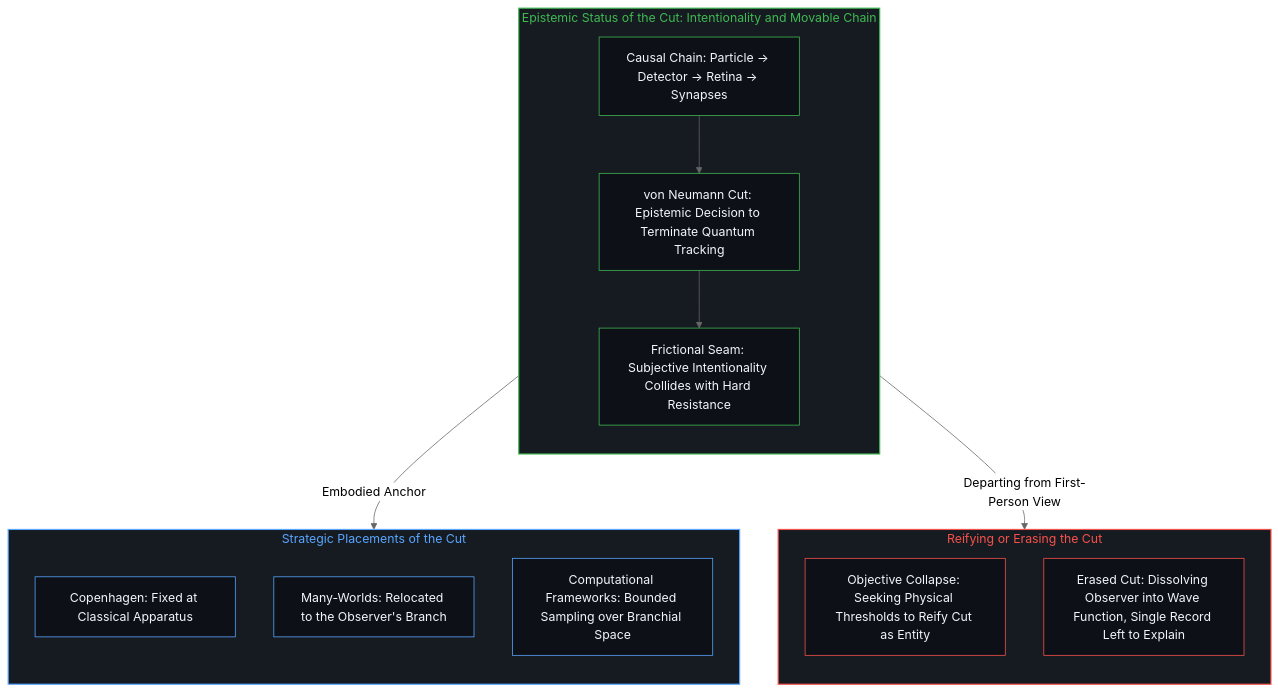
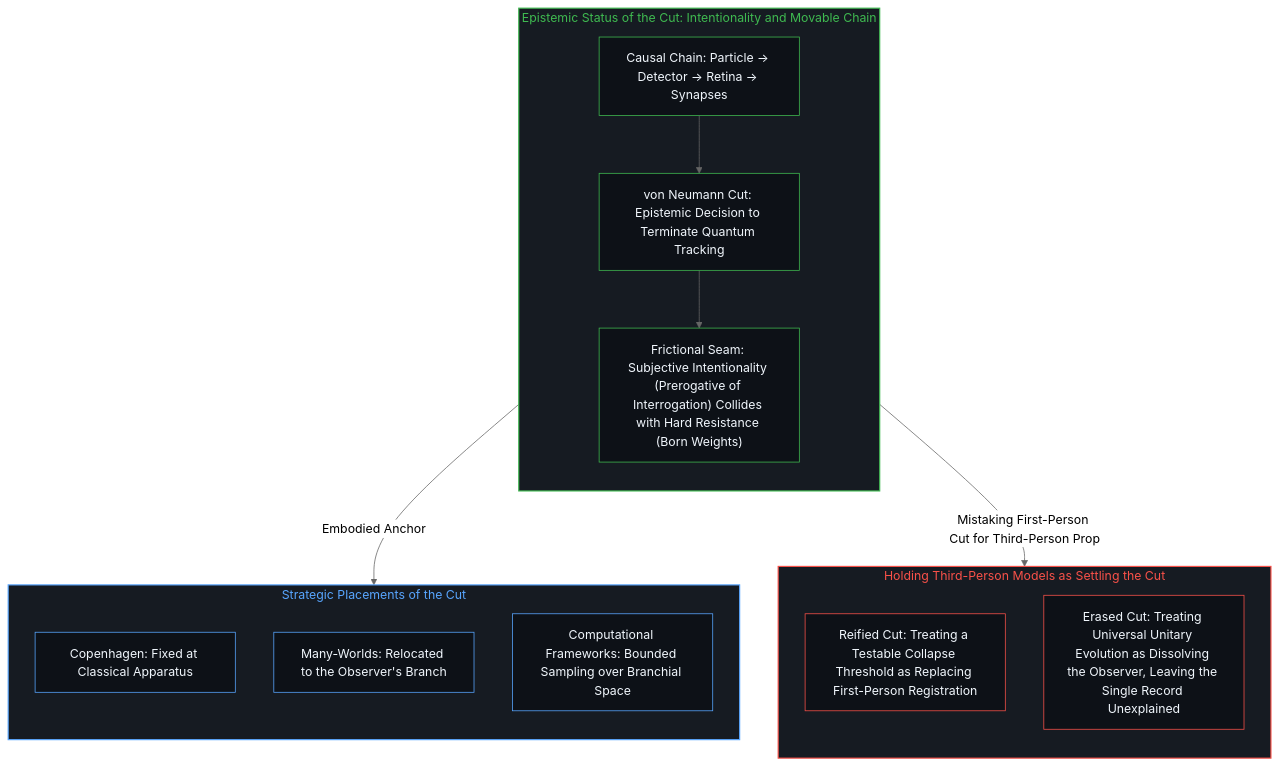
Before and after one commit to powerpig99/not-a-toe: the fourth of 6 diagrams in content/posts/the-cut-moves-but-never-vanishes.md, drawn with Mermaid (neutral theme). The commit also changed other lines of this file and 5 other files, not shown here.

````diff
--- a/content/posts/the-cut-moves-but-never-vanishes.md
+++ b/content/posts/the-cut-moves-but-never-vanishes.md
@@ -137,35 +137,35 @@
 ```mermaid
 flowchart TD
     subgraph S_CutMovable["Epistemic Status of the Cut: Intentionality and Movable Chain"]
         direction TB
         C_Chain["Causal Chain: Particle → Detector → Retina → Synapses"]
         C_Cut["von Neumann Cut: Epistemic Decision to Terminate Quantum Tracking"]
-        C_Friction["Frictional Seam: Subjective Intentionality Collides with Hard Resistance"]
+        C_Friction["Frictional Seam: Subjective Intentionality (Prerogative of Interrogation) Collides with Hard Resistance (Born Weights)"]
         C_Chain --> C_Cut
         C_Cut --> C_Friction
     end
-    subgraph S_CutErased["Reifying or Erasing the Cut"]
+    subgraph S_CutErased["Holding Third-Person Models as Settling the Cut"]
         direction TB
-        E_Entity["Objective Collapse: Seeking Physical Thresholds to Reify Cut as Entity"]
-        E_Universe["Erased Cut: Dissolving Observer into Wave Function, Single Record Left to Explain"]
+        E_Entity["Reified Cut: Treating a Testable Collapse Threshold as Replacing First-Person Registration"]
+        E_Universe["Erased Cut: Treating Universal Unitary Evolution as Dissolving the Observer, Leaving the Single Record Unexplained"]
     end
     subgraph S_Schools["Strategic Placements of the Cut"]
         direction TB
         P_Copenhagen["Copenhagen: Fixed at Classical Apparatus"]
         P_ManyWorlds["Many-Worlds: Relocated to the Observer's Branch"]
         P_Wolfram["Computational Frameworks: Bounded Sampling over Branchial Space"]
     end
     C_Friction -->|"Embodied Anchor"| S_Schools
-    C_Cut -->|"Departing from First-Person View"| S_CutErased
+    C_Cut -->|"Mistaking First-Person Cut for Third-Person Prop"| S_CutErased
     style S_CutMovable fill:#161b22,stroke:#3fb950,stroke-width:1.5px,color:#3fb950
     style S_CutErased fill:#161b22,stroke:#f85149,stroke-width:1.5px,color:#f85149
     style S_Schools fill:#161b22,stroke:#58a6ff,stroke-width:1.5px,color:#58a6ff
     style C_Chain fill:#0d1117,stroke:#3fb950,stroke-width:1px,color:#f0f6fc
     style C_Cut fill:#0d1117,stroke:#3fb950,stroke-width:1px,color:#f0f6fc
     style C_Friction fill:#0d1117,stroke:#3fb950,stroke-width:1px,color:#f0f6fc
     style E_Entity fill:#0d1117,stroke:#f85149,stroke-width:1px,color:#f0f6fc
     style E_Universe fill:#0d1117,stroke:#f85149,stroke-width:1px,color:#f0f6fc
     style P_Copenhagen fill:#0d1117,stroke:#58a6ff,stroke-width:1px,color:#f0f6fc
     style P_ManyWorlds fill:#0d1117,stroke:#58a6ff,stroke-width:1px,color:#f0f6fc
     style P_Wolfram fill:#0d1117,stroke:#58a6ff,stroke-width:1px,color:#f0f6fc
 ```
````
